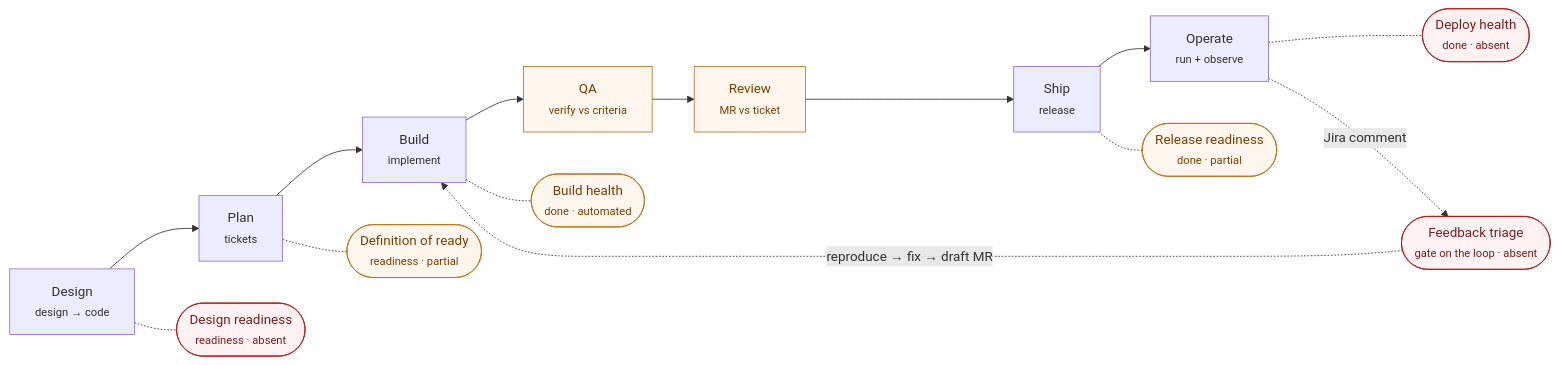
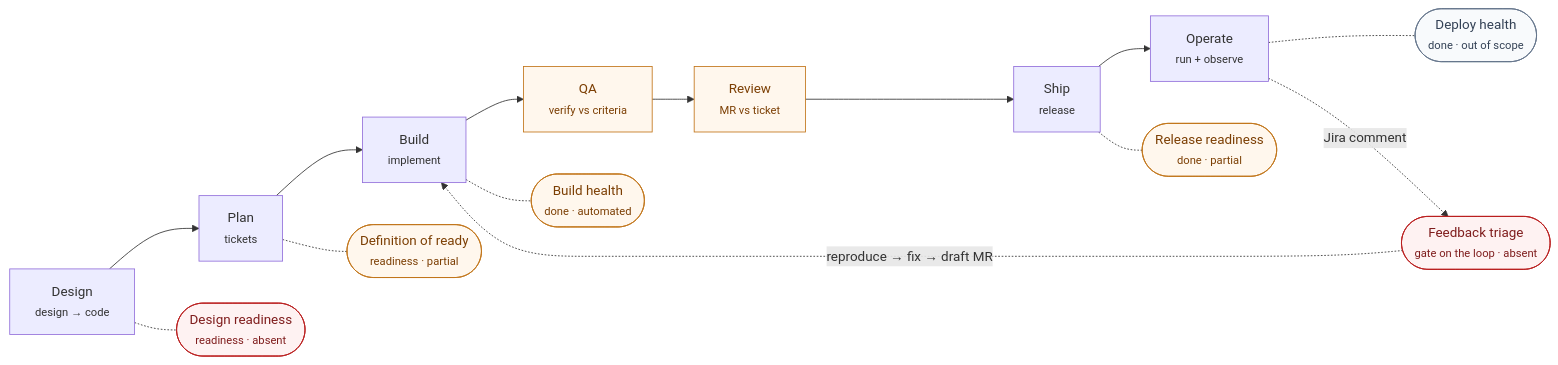
One commit to wpots/ai-workflows changed the first of 2 diagrams in docs/pipeline-map.md. Above: the diagram before and after it, drawn with Mermaid. The commit also changed other lines of this file and 2 other files, not shown here.

First line of the commit message:
docs(pipeline-map): close the scope decisions, add the skill-change gate

````diff
--- a/docs/pipeline-map.md
+++ b/docs/pipeline-map.md
@@ -23,34 +23,36 @@
 ```mermaid
 flowchart LR
   design["Design<br/><small>design → code</small>"]
   plan["Plan<br/><small>tickets</small>"]
   build["Build<br/><small>implement</small>"]
   qa["QA<br/><small>verify vs criteria</small>"]
   review["Review<br/><small>MR vs ticket</small>"]
   ship["Ship<br/><small>release</small>"]
   operate["Operate<br/><small>run + observe</small>"]
 
   design --> plan --> build --> qa --> review --> ship --> operate
 
   g1(["Design readiness<br/><small>readiness · absent</small>"])
   g2(["Definition of ready<br/><small>readiness · partial</small>"])
   g3(["Build health<br/><small>done · automated</small>"])
   g4(["Release readiness<br/><small>done · partial</small>"])
-  g5(["Deploy health<br/><small>done · absent</small>"])
+  g5(["Deploy health<br/><small>done · out of scope</small>"])
   g6(["Feedback triage<br/><small>gate on the loop · absent</small>"])
 
   design -.- g1
   plan -.- g2
   build -.- g3
   ship -.- g4
   operate -.- g5
 
   operate -. "Jira comment" .-> g6
   g6 -. "reproduce → fix → draft MR" .-> build
 
   classDef gate fill:#fff7ed,stroke:#c2751a,color:#7c3f04;
   classDef gap fill:#fef2f2,stroke:#b91c1c,color:#7f1d1d;
+  classDef scope fill:#f8fafc,stroke:#64748b,color:#334155;
   class g2,g3,g4 gate;
-  class g1,g5,g6 gap;
+  class g1,g6 gap;
+  class g5 scope;
   class qa,review gate;
 ```
````
